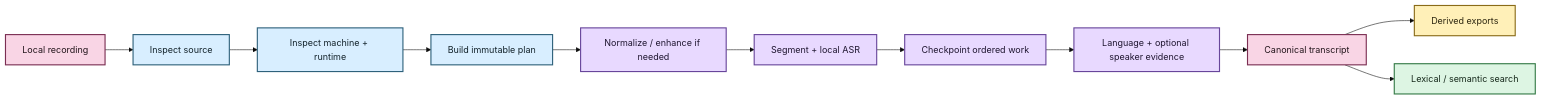
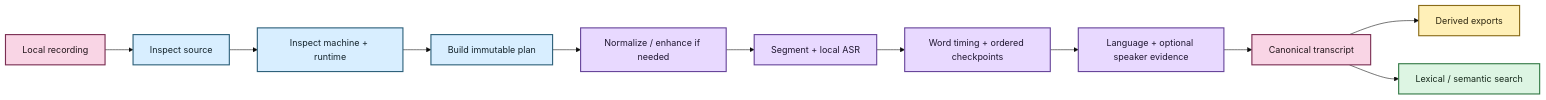
Before and after one commit to SSD1805/EchoFlow: the diagram in docs/architecture/processing-capabilities.md, drawn with Mermaid (base theme). The commit also changed other lines of this file, not shown here.

Commit message:
docs: place word alignment in current processing family

````diff
--- a/docs/architecture/processing-capabilities.md
+++ b/docs/architecture/processing-capabilities.md
@@ -33,25 +34,25 @@
 ```mermaid
 flowchart LR
     A[Local recording] --> B[Inspect source]
     B --> C[Inspect machine + runtime]
     C --> D[Build immutable plan]
     D --> E[Normalize / enhance if needed]
     E --> F[Segment + local ASR]
-    F --> G[Checkpoint ordered work]
+    F --> G[Word timing + ordered checkpoints]
     G --> H[Language + optional speaker evidence]
     H --> I[Canonical transcript]
     I --> J[Derived exports]
     I --> K[Lexical / semantic search]
 
     classDef evidence fill:#F9D5E5,stroke:#7B2E52,stroke-width:2px,color:#22151B
     classDef inspect fill:#D8EEFF,stroke:#2E617B,stroke-width:2px,color:#12222A
     classDef process fill:#E8D9FF,stroke:#68469B,stroke-width:2px,color:#1F1630
     classDef publish fill:#FFF0B8,stroke:#8A6B18,stroke-width:2px,color:#2C260F
     classDef result fill:#DDF5E3,stroke:#347A46,stroke-width:2px,color:#142719
 
     class A,I evidence
     class B,C,D inspect
     class E,F,G,H process
     class J publish
     class K result
 ```
````
